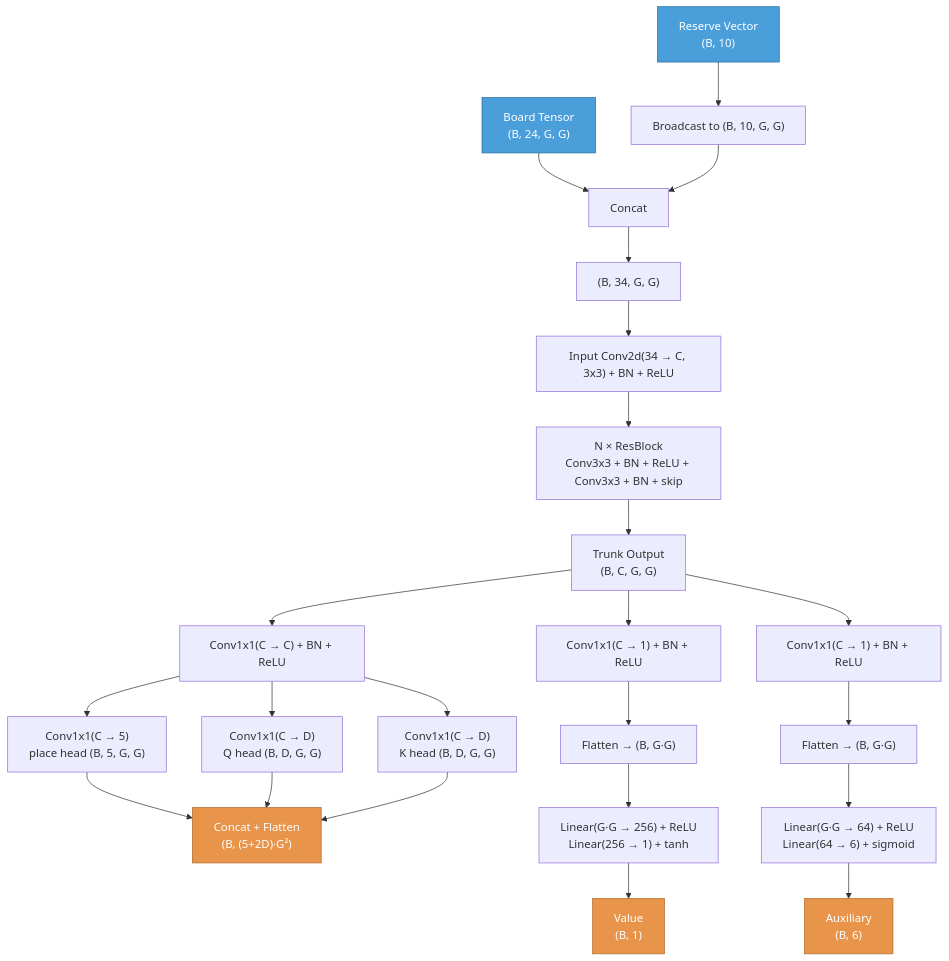
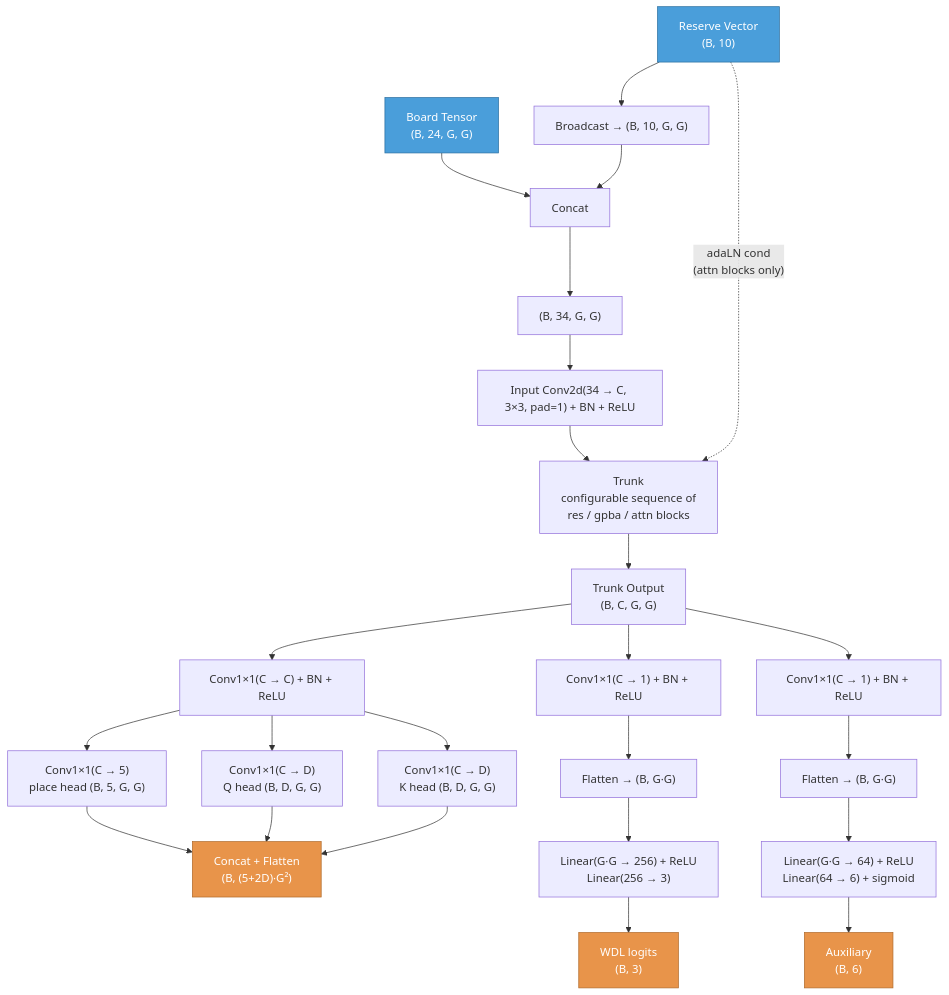
Before and after one commit to wldevries/hive-zero: the diagram in docs/hive_model.md, drawn with Mermaid. The commit also changed other lines of this file, not shown here.

````diff
--- a/docs/hive_model.md
+++ b/docs/hive_model.md
@@ -5,32 +5,33 @@
 ```mermaid
 graph TD
     BT["Board Tensor<br/>(B, 24, G, G)"]:::input --> CAT["Concat"]
-    RV["Reserve Vector<br/>(B, 10)"]:::input --> BC["Broadcast to (B, 10, G, G)"]
+    RV["Reserve Vector<br/>(B, 10)"]:::input --> BC["Broadcast → (B, 10, G, G)"]
     BC --> CAT
     CAT --> INPUT["(B, 34, G, G)"]
 
-    INPUT --> IC["Input Conv2d(34 → C, 3x3) + BN + ReLU"]
-    IC --> RB["N × ResBlock<br/>Conv3x3 + BN + ReLU + Conv3x3 + BN + skip"]
+    INPUT --> IC["Input Conv2d(34 → C, 3×3, pad=1) + BN + ReLU"]
+    IC --> RB["Trunk<br/>configurable sequence of<br/>res / gpba / attn blocks"]
     RB --> TRUNK["Trunk Output<br/>(B, C, G, G)"]
+    RV -.->|"adaLN cond<br/>(attn blocks only)"| RB
 
-    TRUNK --> PC["Conv1x1(C → C) + BN + ReLU"]
-    PC --> PPL["Conv1x1(C → 5)<br/>place head (B, 5, G, G)"]
-    PC --> PQ["Conv1x1(C → D)<br/>Q head (B, D, G, G)"]
-    PC --> PK["Conv1x1(C → D)<br/>K head (B, D, G, G)"]
+    TRUNK --> PC["Conv1×1(C → C) + BN + ReLU"]
+    PC --> PPL["Conv1×1(C → 5)<br/>place head (B, 5, G, G)"]
+    PC --> PQ["Conv1×1(C → D)<br/>Q head (B, D, G, G)"]
+    PC --> PK["Conv1×1(C → D)<br/>K head (B, D, G, G)"]
     PPL --> PFLAT["Concat + Flatten<br/>(B, (5+2D)·G²)"]:::output
     PQ --> PFLAT
     PK --> PFLAT
 
-    TRUNK --> VC["Conv1x1(C → 1) + BN + ReLU"]
+    TRUNK --> VC["Conv1×1(C → 1) + BN + ReLU"]
     VC --> VF["Flatten → (B, G·G)"]
-    VF --> VFC["Linear(G·G → 256) + ReLU<br/>Linear(256 → 1) + tanh"]
-    VFC --> VOUT["Value<br/>(B, 1)"]:::output
+    VF --> VFC["Linear(G·G → 256) + ReLU<br/>Linear(256 → 3)"]
+    VFC --> VOUT["WDL logits<br/>(B, 3)"]:::output
 
-    TRUNK --> AC["Conv1x1(C → 1) + BN + ReLU"]
+    TRUNK --> AC["Conv1×1(C → 1) + BN + ReLU"]
     AC --> AF["Flatten → (B, G·G)"]
     AF --> AFC["Linear(G·G → 64) + ReLU<br/>Linear(64 → 6) + sigmoid"]
     AFC --> AOUT["Auxiliary<br/>(B, 6)"]:::output
 
     classDef input fill:#4a9eda,stroke:#2a6fa0,color:#fff
     classDef output fill:#e8944a,stroke:#b06a2a,color:#fff
 ```
````
